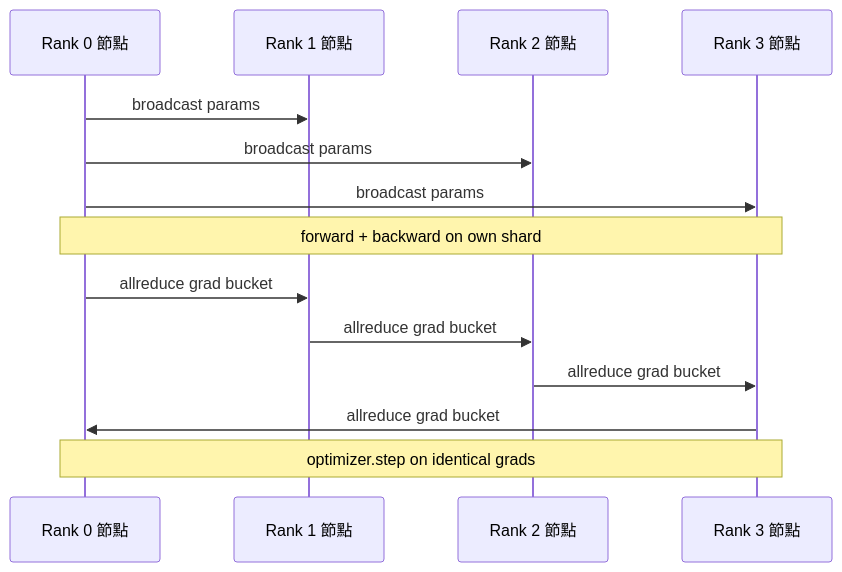
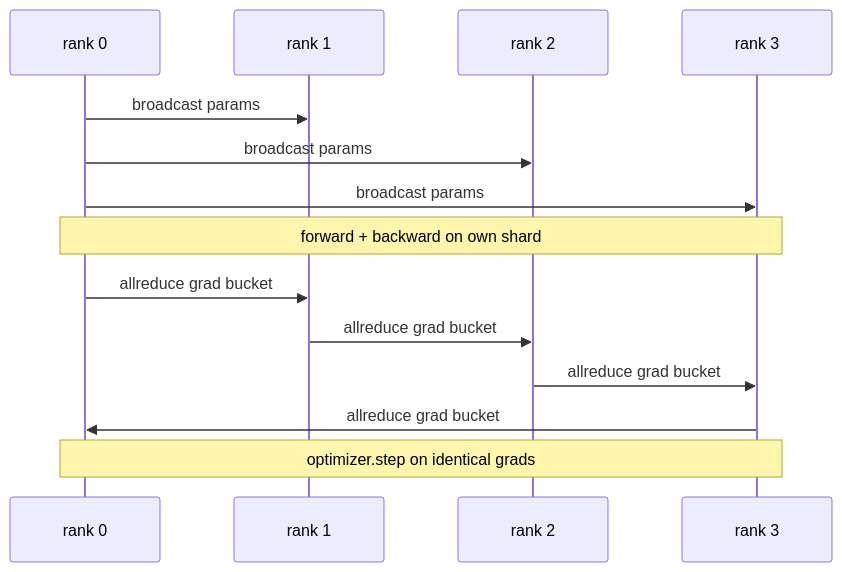
One commit to edward821220/ai-engineering-from-scratch changed the diagram in i18n/zh-TW/phases/19-capstone-projects/77-data-parallel-ddp/docs/zh-TW.md. Above: the diagram before and after it, drawn with Mermaid. The commit also changed other lines of this file and 81 other files, not shown here.

````diff
--- a/i18n/zh-TW/phases/19-capstone-projects/77-data-parallel-ddp/docs/zh-TW.md
+++ b/i18n/zh-TW/phases/19-capstone-projects/77-data-parallel-ddp/docs/zh-TW.md
@@ -25,16 +25,16 @@
 ```mermaid
 sequenceDiagram
-  participant R0 as Rank 0 節點
-  participant R1 as Rank 1 節點
-  participant R2 as Rank 2 節點
-  participant R3 as Rank 3 節點
+  participant R0 as rank 0
+  participant R1 as rank 1
+  participant R2 as rank 2
+  participant R3 as rank 3
   R0->>R1: broadcast params
   R0->>R2: broadcast params
   R0->>R3: broadcast params
   Note over R0,R3: forward + backward on own shard
   R0->>R1: allreduce grad bucket
   R1->>R2: allreduce grad bucket
   R2->>R3: allreduce grad bucket
   R3->>R0: allreduce grad bucket
   Note over R0,R3: optimizer.step on identical grads
 ```
````
